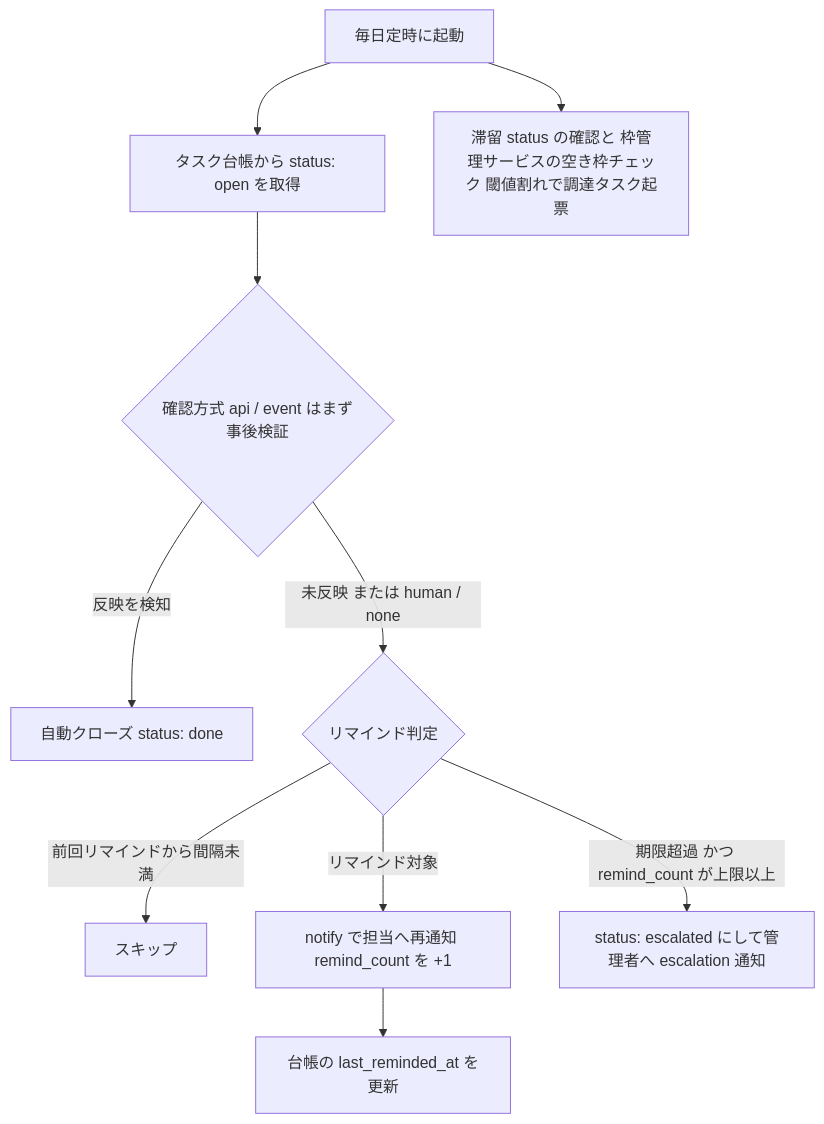
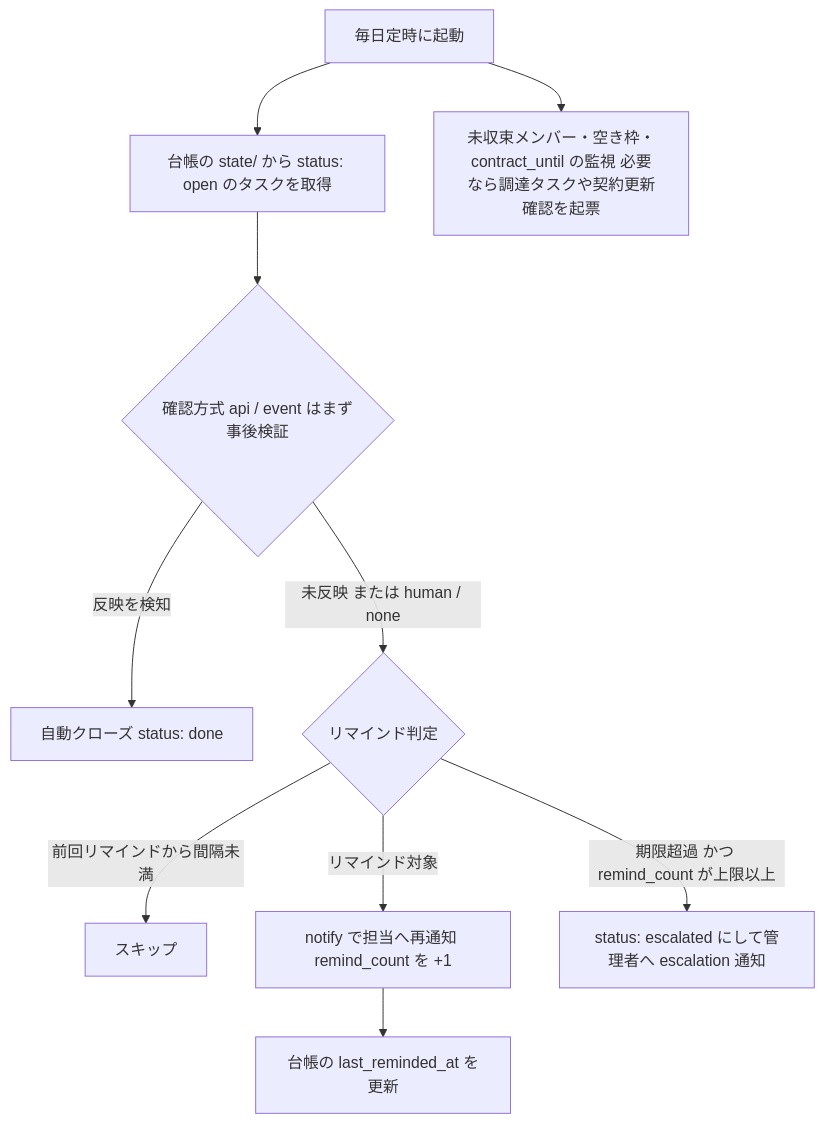
Before and after one commit to Koala-Heavy-Industries/n8n-test: the diagram in docs/design/04-notification-abstraction.md, drawn with Mermaid. The commit also changed other lines of this file and 6 other files, not shown here.

````diff
--- a/docs/design/04-notification-abstraction.md
+++ b/docs/design/04-notification-abstraction.md
@@ -69,12 +76,12 @@
 ```mermaid
 flowchart TD
-    S[毎日定時に起動] --> L[タスク台帳から status: open を取得]
+    S[毎日定時に起動] --> L[台帳の state/ から status: open のタスクを取得]
     L --> V{確認方式 api / event はまず事後検証}
     V -->|反映を検知| AC[自動クローズ status: done]
     V -->|未反映 または human / none| C{リマインド判定}
     C -->|前回リマインドから間隔未満| SKIP[スキップ]
     C -->|リマインド対象| N[notify で担当へ再通知 remind_count を +1]
     C -->|期限超過 かつ remind_count が上限以上| X[status: escalated にして管理者へ escalation 通知]
     N --> U[台帳の last_reminded_at を更新]
-    S --> P[滞留 status の確認と 枠管理サービスの空き枠チェック 閾値割れで調達タスク起票]
+    S --> P[未収束メンバー・空き枠・contract_until の監視 必要なら調達タスクや契約更新確認を起票]
 ```
````
